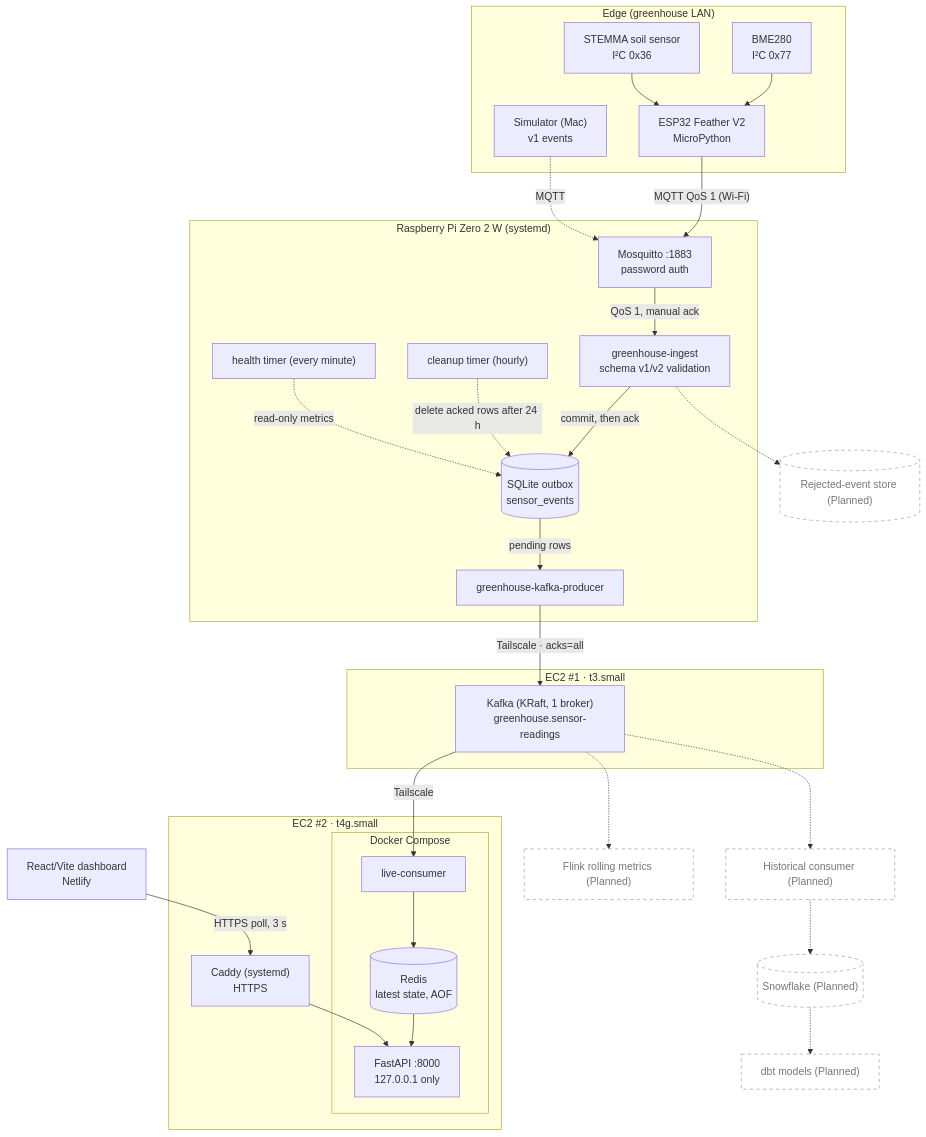
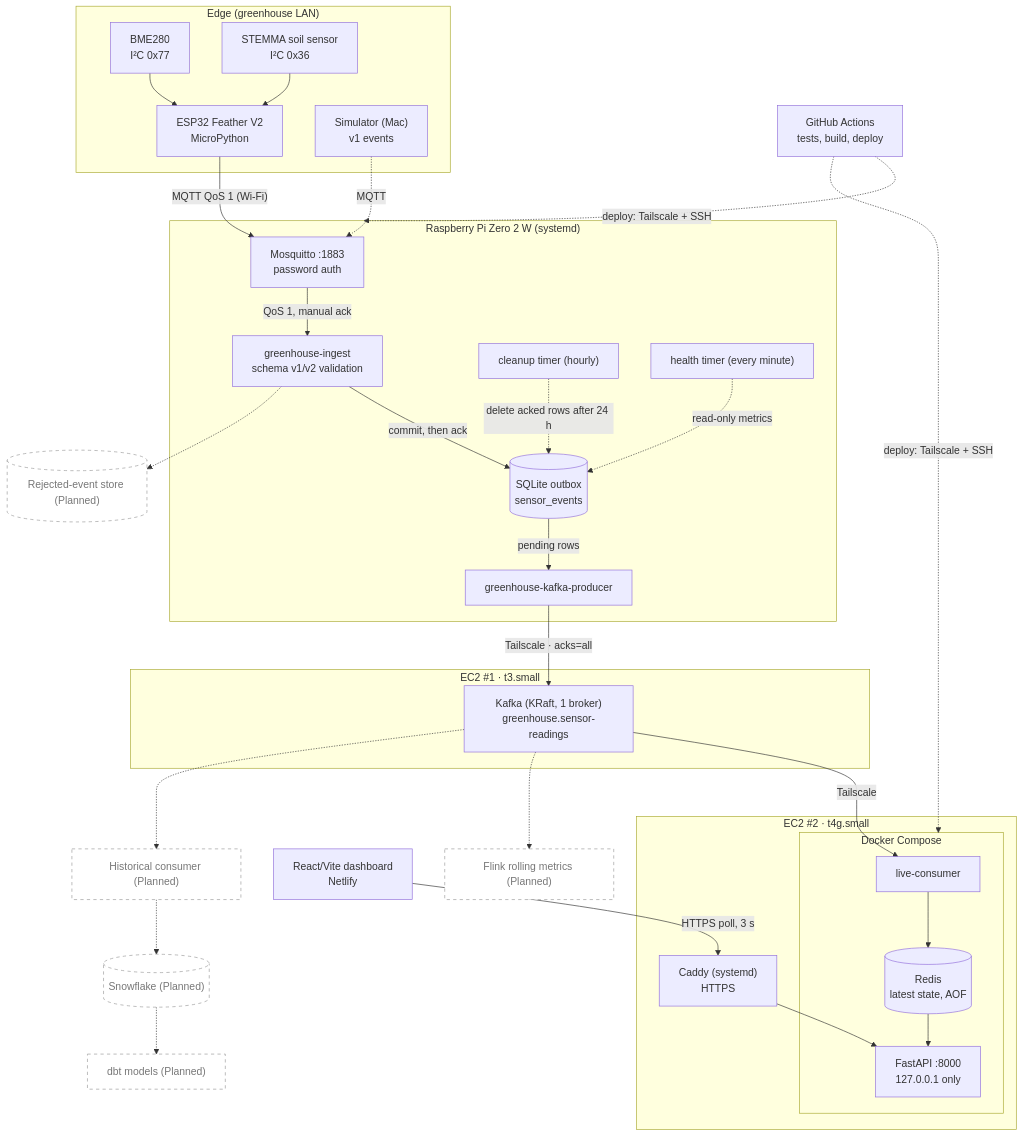
One commit to 0GregoryJ/greenhouse-iot-streaming-pipeline changed the diagram in docs/architecture.md. Above: the diagram before and after it, drawn with Mermaid. The commit also changed other lines of this file and 35 other files, not shown here.

````diff
--- a/docs/architecture.md
+++ b/docs/architecture.md
@@ -9,55 +9,58 @@
 ```mermaid
 flowchart TB
   subgraph edge["Edge (greenhouse LAN)"]
     bme["BME280<br/>I²C 0x77"] --> esp["ESP32 Feather V2<br/>MicroPython"]
     soil["STEMMA soil sensor<br/>I²C 0x36"] --> esp
     sim["Simulator (Mac)<br/>v1 events"]
   end
 
   subgraph pi["Raspberry Pi Zero 2 W (systemd)"]
     mqtt["Mosquitto :1883<br/>password auth"]
     ingest["greenhouse-ingest<br/>schema v1/v2 validation"]
     sqlite[("SQLite outbox<br/>sensor_events")]
     prod["greenhouse-kafka-producer"]
     clean["cleanup timer (hourly)"]
     health["health timer (every minute)"]
     mqtt -->|"QoS 1, manual ack"| ingest
     ingest -->|"commit, then ack"| sqlite
     sqlite -->|"pending rows"| prod
     clean -.->|"delete acked rows after 24 h"| sqlite
     health -.->|"read-only metrics"| sqlite
   end
 
   subgraph ec2a["EC2 #1 · t3.small"]
     kafka["Kafka (KRaft, 1 broker)<br/>greenhouse.sensor-readings"]
   end
 
   subgraph ec2b["EC2 #2 · t4g.small"]
     subgraph compose["Docker Compose"]
       consumer["live-consumer"]
       redis[("Redis<br/>latest state, AOF")]
       api["FastAPI :8000<br/>127.0.0.1 only"]
     end
     caddy["Caddy (systemd)<br/>HTTPS"]
     consumer --> redis
     redis --> api
     caddy --> api
   end
 
   dash["React/Vite dashboard<br/>Netlify"]
+  gha["GitHub Actions<br/>tests, build, deploy"]
 
   esp -->|"MQTT QoS 1 (Wi-Fi)"| mqtt
   sim -.->|"MQTT"| mqtt
   prod -->|"Tailscale · acks=all"| kafka
   kafka -->|"Tailscale"| consumer
   dash -->|"HTTPS poll, 3 s"| caddy
+  gha -.->|"deploy: Tailscale + SSH"| pi
+  gha -.->|"deploy: Tailscale + SSH"| compose
 
   kafka -.-> flink["Flink rolling metrics (Planned)"]
   kafka -.-> hist["Historical consumer (Planned)"]
   hist -.-> snow[("Snowflake (Planned)")]
   snow -.-> dbt["dbt models (Planned)"]
   ingest -.-> dlq[("Rejected-event store (Planned)")]
 
   classDef planned fill:#fff,stroke:#999,stroke-dasharray:5 5,color:#777;
   class flink,hist,snow,dbt,dlq planned;
 ```
````
